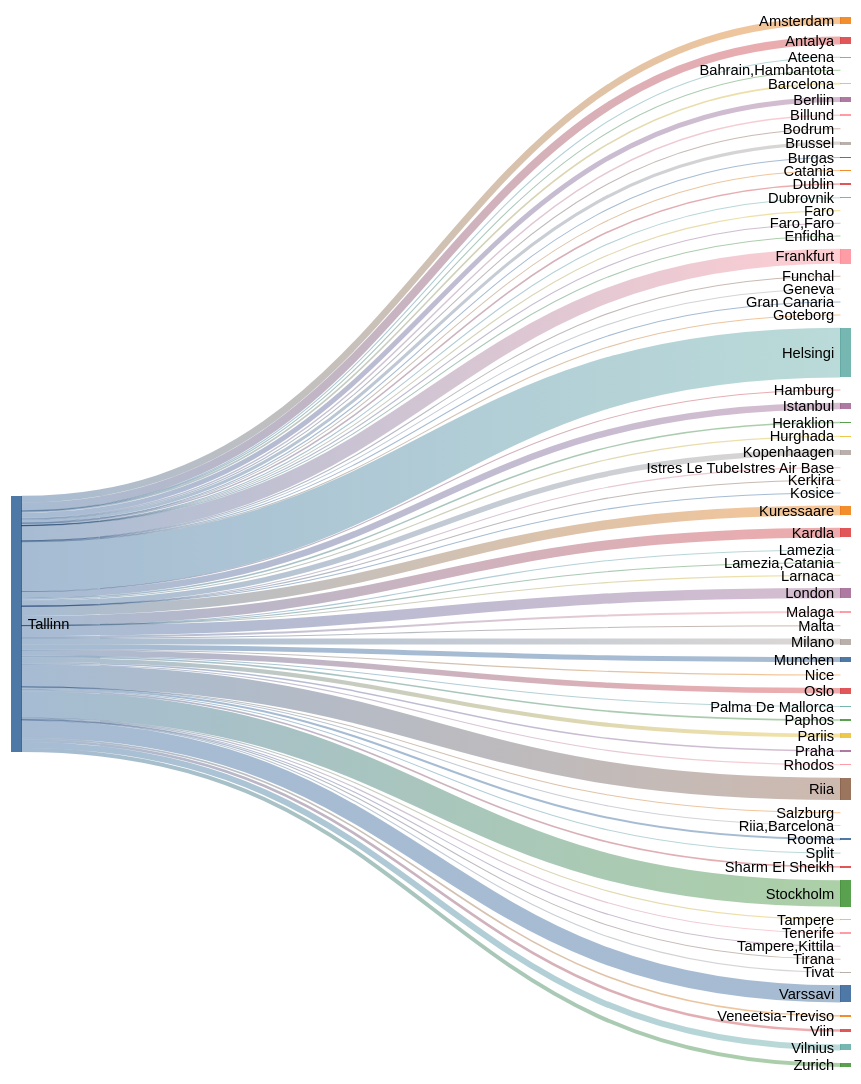
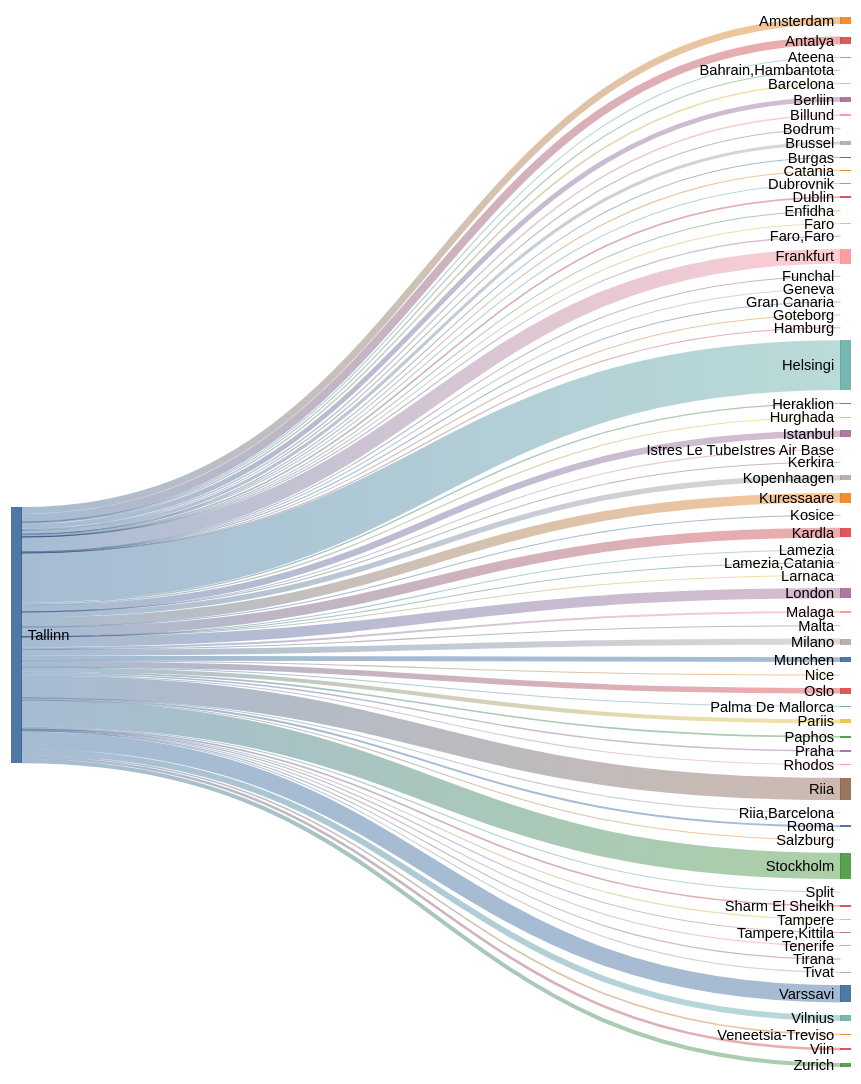
The second of 2 diagrams in README.md (rainermesi/tll-airport-departures), drawn with Mermaid (neutral theme) before and after one commit. The commit also changed other lines of this file, not shown here.

````diff
--- a/README.md
+++ b/README.md
@@ -34,77 +34,77 @@
 ```mermaid
 ---
 config:
   sankey:
     showValues: false
     width: 800
     height: 1000
 ---
 sankey-beta
 %% source,target,value
-Tallinn,Amsterdam,225
+Tallinn,Amsterdam,227
 Tallinn,Antalya,264
 Tallinn,Ateena,16
 Tallinn,"Bahrain,Hambantota",1
 Tallinn,Barcelona,52
-Tallinn,Berliin,162
+Tallinn,Berliin,163
 Tallinn,Billund,49
 Tallinn,Bodrum,11
-Tallinn,Brussel,104
+Tallinn,Brussel,105
 Tallinn,Burgas,21
 Tallinn,Catania,2
-Tallinn,Dublin,53
+Tallinn,Dublin,54
 Tallinn,Dubrovnik,21
 Tallinn,Enfidha,7
 Tallinn,Faro,4
 Tallinn,"Faro,Faro",1
-Tallinn,Frankfurt,488
+Tallinn,Frankfurt,491
 Tallinn,Funchal,5
 Tallinn,Geneva,6
 Tallinn,Gran Canaria,26
 Tallinn,Goteborg,1
 Tallinn,Hamburg,1
-Tallinn,Helsingi,1645
+Tallinn,Helsingi,1654
 Tallinn,Heraklion,46
 Tallinn,Hurghada,40
-Tallinn,Istanbul,215
+Tallinn,Istanbul,217
 Tallinn,Istres Le TubeIstres Air Base,2
 Tallinn,Kerkira,4
-Tallinn,Kopenhaagen,179
+Tallinn,Kopenhaagen,180
 Tallinn,Kosice,1
-Tallinn,Kuressaare,317
-Tallinn,Kardla,317
+Tallinn,Kuressaare,319
+Tallinn,Kardla,319
 Tallinn,Lamezia,1
 Tallinn,"Lamezia,Catania",3
 Tallinn,Larnaca,4
-Tallinn,London,341
+Tallinn,London,342
 Tallinn,Malaga,66
 Tallinn,Malta,15
-Tallinn,Milano,196
+Tallinn,Milano,197
 Tallinn,Munchen,162
 Tallinn,Nice,25
-Tallinn,Oslo,183
+Tallinn,Oslo,184
 Tallinn,Palma De Mallorca,19
-Tallinn,Paphos,52
-Tallinn,Pariis,136
+Tallinn,Paphos,53
+Tallinn,Pariis,137
 Tallinn,Praha,49
 Tallinn,Rhodos,32
-Tallinn,Riia,736
+Tallinn,Riia,740
 Tallinn,"Riia,Barcelona",1
 Tallinn,Rooma,66
 Tallinn,Salzburg,7
 Tallinn,Sharm El Sheikh,55
 Tallinn,Split,25
-Tallinn,Stockholm,872
+Tallinn,Stockholm,875
 Tallinn,Tampere,17
 Tallinn,"Tampere,Kittila",7
-Tallinn,Tenerife,39
+Tallinn,Tenerife,40
 Tallinn,Tirana,8
 Tallinn,Tivat,26
-Tallinn,Varssavi,568
+Tallinn,Varssavi,571
 Tallinn,Veneetsia-Treviso,54
-Tallinn,Viin,85
-Tallinn,Vilnius,198
-Tallinn,Zurich,133
+Tallinn,Viin,86
+Tallinn,Vilnius,199
+Tallinn,Zurich,134
 
 
 ```
````
